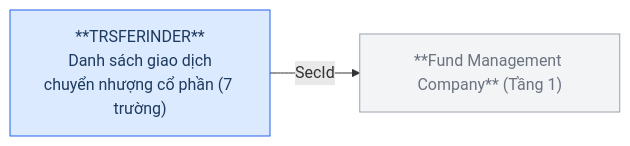
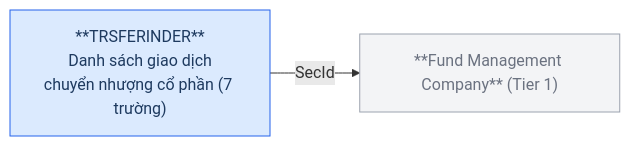
One commit to linhlvit/ubck_atomic_design changed the ninth of 12 diagrams in Silver/hld/FMS_HLD_Tier3.md. Above: the diagram before and after it, drawn with Mermaid. The commit also changed other lines of this file and 111 other files, not shown here.

````diff
--- a/Silver/hld/FMS_HLD_Tier3.md
+++ b/Silver/hld/FMS_HLD_Tier3.md
@@ -246,10 +240,10 @@
 ```mermaid
 graph LR
     classDef src fill:#dbeafe,stroke:#2563eb,color:#1e3a5f
     classDef ref fill:#f3f4f6,stroke:#9ca3af,color:#6b7280
 
-    SECURITIES["**Fund Management Company** (Tầng 1)"]:::ref
+    SECURITIES["**Fund Management Company** (Tier 1)"]:::ref
     TRSFERINDER["**TRSFERINDER**\nDanh sách giao dịch\nchuyển nhượng cổ phần (7 trường)"]:::src
 
     TRSFERINDER -->|SecId| SECURITIES
 ```
````
